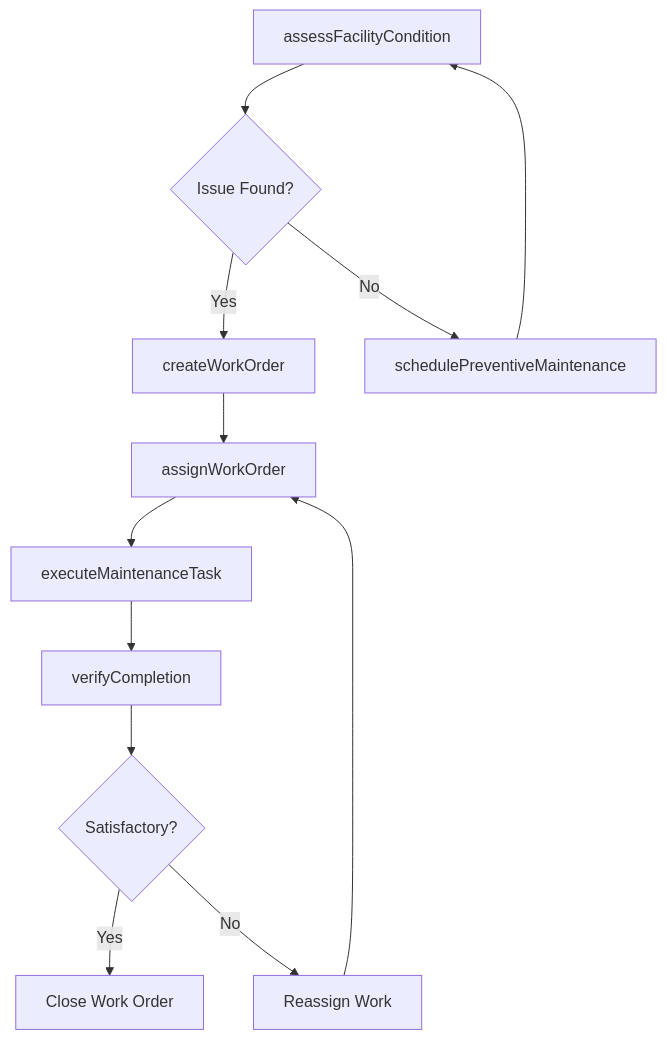
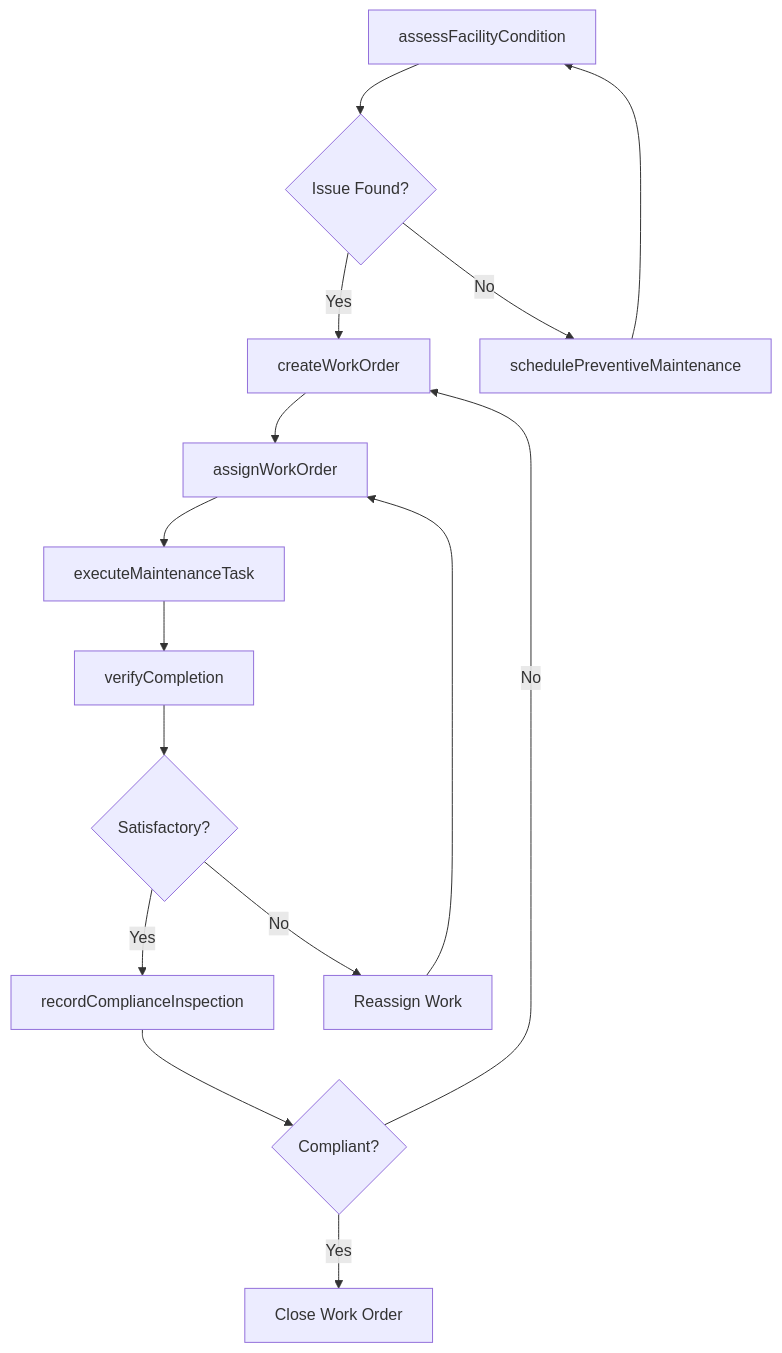
The third of 4 diagrams in RepairingAndMaintainingMechanicalEquipment/MaintainFacilitiesOrEquipment/MaintainFacilities.mdx (dot-org-ai/tasks.org.ai), drawn with Mermaid before and after one commit. The commit also changed other lines of this file and 504 other files, not shown here.

First line of the commit message:
feat: Add ER diagrams, state diagrams, and workflow improvements to 96 DWA task files

````diff
--- a/RepairingAndMaintainingMechanicalEquipment/MaintainFacilitiesOrEquipment/MaintainFacilities.mdx
+++ b/RepairingAndMaintainingMechanicalEquipment/MaintainFacilitiesOrEquipment/MaintainFacilities.mdx
@@ -86,14 +119,17 @@
 ```mermaid
 graph TD
     A[assessFacilityCondition] --> B{Issue Found?}
     B -->|Yes| C[createWorkOrder]
     B -->|No| D[schedulePreventiveMaintenance]
     C --> E[assignWorkOrder]
     E --> F[executeMaintenanceTask]
     F --> G[verifyCompletion]
     G --> H{Satisfactory?}
-    H -->|Yes| I[Close Work Order]
+    H -->|Yes| I[recordComplianceInspection]
     H -->|No| J[Reassign Work]
     J --> E
+    I --> K{Compliant?}
+    K -->|Yes| L[Close Work Order]
+    K -->|No| C
     D --> A
 ```
````
